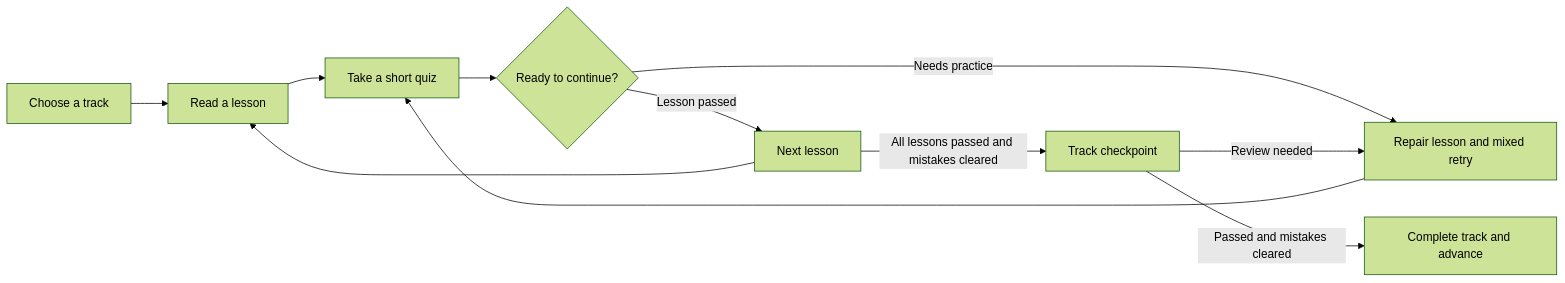
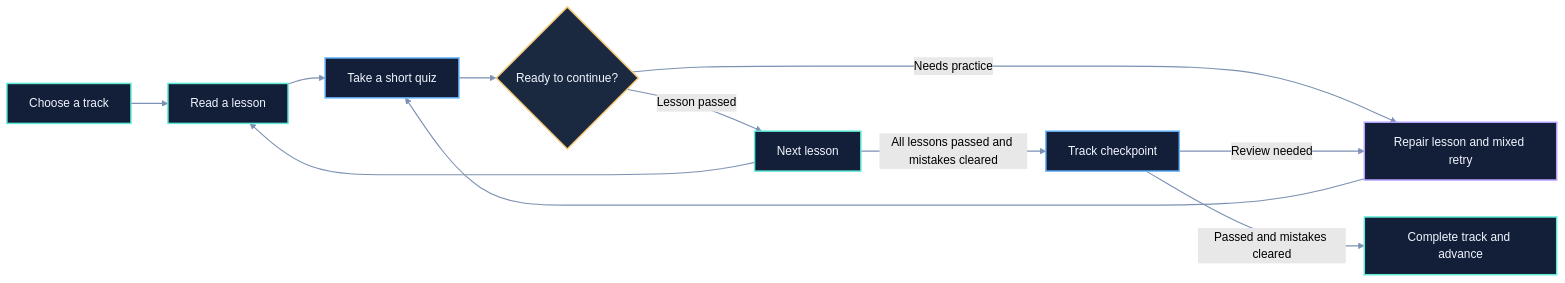
One commit to mahandhgh/English-Learning-Telegram-Bot changed the diagram in README.md. Above: the diagram before and after it, drawn with Mermaid (forest theme). The commit also changed other lines of this file and 2 other files, not shown here.

````diff
--- a/README.md
+++ b/README.md
@@ -38,13 +59,22 @@
 ```mermaid
 flowchart LR
     A[Choose a track] --> B[Read a lesson]
     B --> C[Take a short quiz]
     C --> D{Ready to continue?}
     D -->|Needs practice| E[Repair lesson and mixed retry]
     E --> C
     D -->|Lesson passed| F[Next lesson]
     F --> B
     F -->|All lessons passed and mistakes cleared| G[Track checkpoint]
     G -->|Review needed| E
     G -->|Passed and mistakes cleared| H[Complete track and advance]
+    classDef lesson fill:#131F38,stroke:#5EEAD4,color:#F0F6FF,stroke-width:2px
+    classDef practice fill:#131F38,stroke:#69B8FF,color:#F0F6FF,stroke-width:2px
+    classDef review fill:#131F38,stroke:#B5A0FF,color:#F0F6FF,stroke-width:2px
+    classDef decision fill:#1B2940,stroke:#F5C97A,color:#F0F6FF,stroke-width:2px
+    class A,B,F,H lesson
+    class C,G practice
+    class E review
+    class D decision
+    linkStyle default stroke:#7C91B3,stroke-width:1.5px
 ```
````
